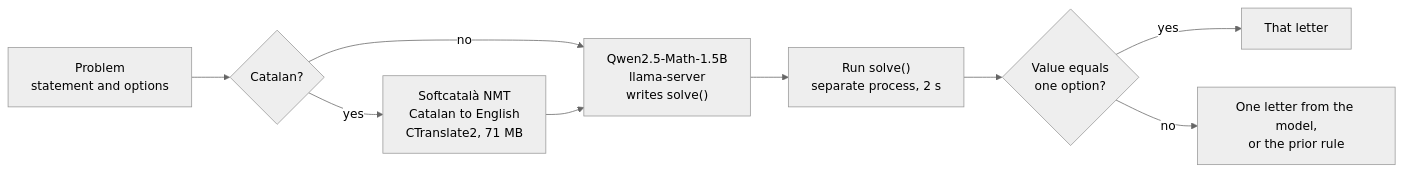
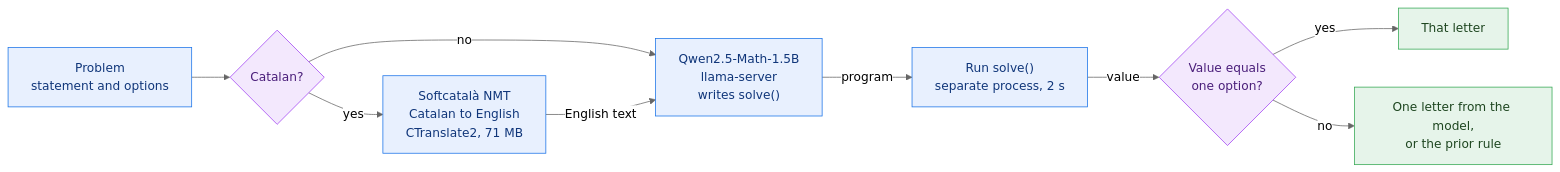
The fifth of 5 diagrams in README.md (Sigkaio636/Santolina_tutor), drawn with Mermaid (neutral theme) before and after one commit. The commit also changed other lines of this file, not shown here.

First line of the commit message:
README: diagrams for free mode, chat messages and predict.py

````diff
--- a/README.md
+++ b/README.md
@@ -354,11 +440,24 @@
 ```mermaid
 flowchart LR
-  input["Problem<br/>statement and options"] --> lang{"Catalan?"}
-  lang -- "yes" --> nmt["Softcatalà NMT<br/>Catalan to English<br/>CTranslate2, 71 MB"]
+  classDef decision fill:#F3E8FD,stroke:#A142F4,color:#4A1E7A;
+  classDef internal fill:#E8F0FE,stroke:#1A73E8,color:#10367A;
+  classDef success  fill:#E6F4EA,stroke:#34A853,color:#1E4620;
+
+  input["Problem<br/>statement and options"]:::internal
+  lang{"Catalan?"}:::decision
+  nmt["Softcatalà NMT<br/>Catalan to English<br/>CTranslate2, 71 MB"]:::internal
+  model["Qwen2.5-Math-1.5B<br/>llama-server<br/>writes solve()"]:::internal
+  run["Run solve()<br/>separate process, 2 s"]:::internal
+  match{"Value equals<br/>one option?"}:::decision
+  answer["That letter"]:::success
+  fallback["One letter from the model,<br/>or the prior rule"]:::success
+
+  input --> lang
+  lang -- "yes" --> nmt
   lang -- "no" --> model
-  nmt --> model["Qwen2.5-Math-1.5B<br/>llama-server<br/>writes solve()"]
-  model --> run["Run solve()<br/>separate process, 2 s"]
-  run --> match{"Value equals<br/>one option?"}
-  match -- "yes" --> answer["That letter"]
-  match -- "no" --> fallback["One letter from the model,<br/>or the prior rule"]
+  nmt -- "English text" --> model
+  model -- "program" --> run
+  run -- "value" --> match
+  match -- "yes" --> answer
+  match -- "no" --> fallback
 ```
````
